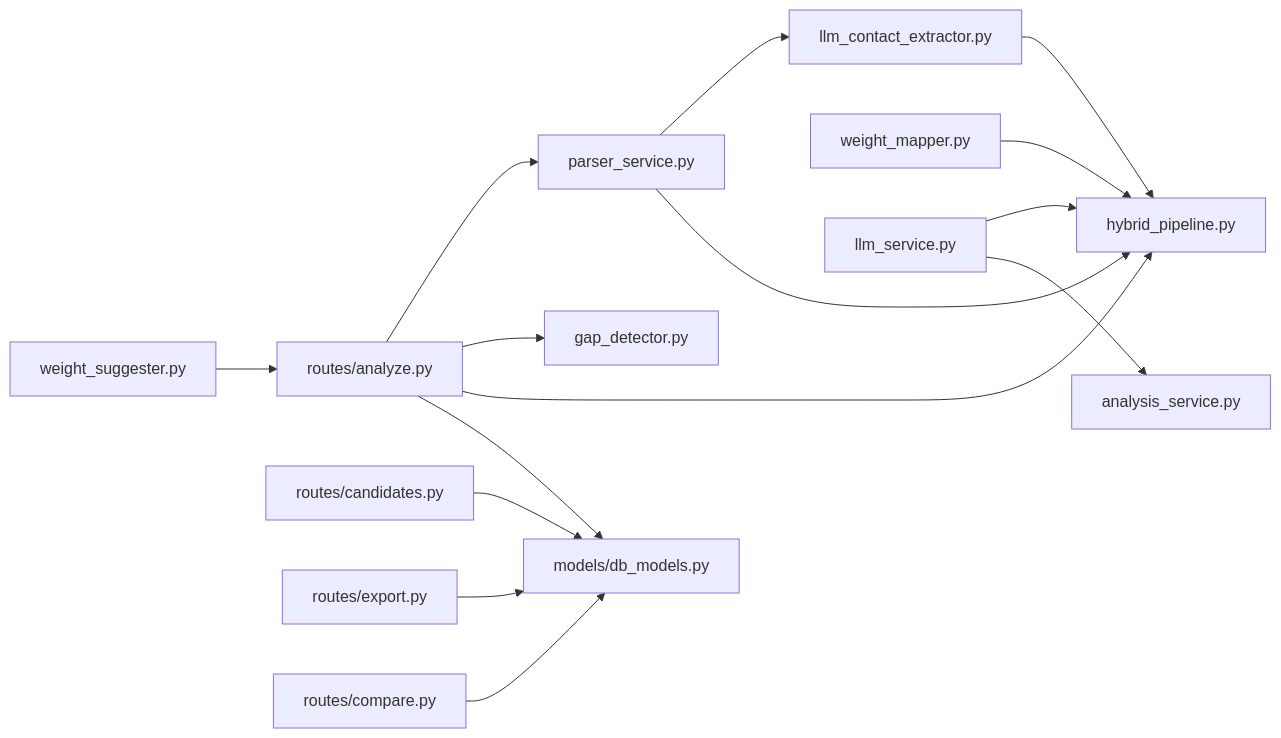
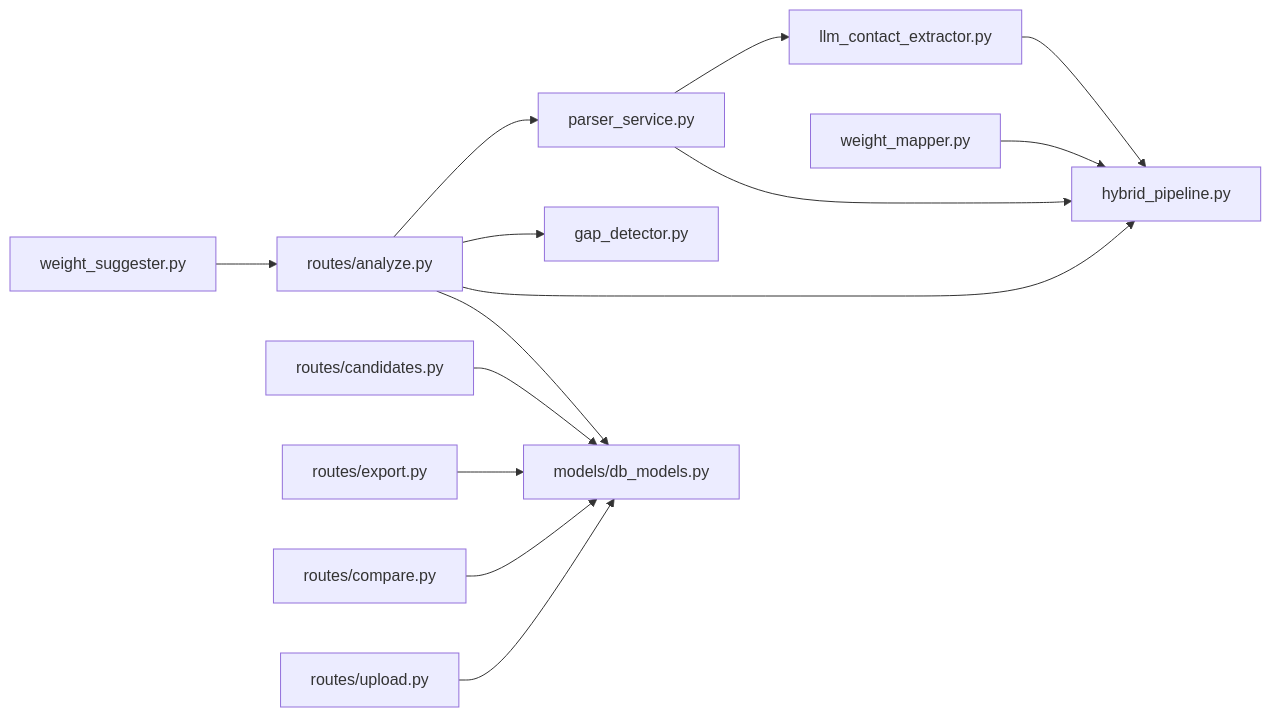
Before and after one commit to Revanththetalogics/aireume: diagram 14 of 14 in .qoder/repowiki/en/content/Candidate Management/Candidate Management.md, drawn with Mermaid. The commit also changed other lines of this file and 7 other files, not shown here.

````diff
--- a/.qoder/repowiki/en/content/Candidate Management/Candidate Management.md
+++ b/.qoder/repowiki/en/content/Candidate Management/Candidate Management.md
@@ -611,17 +694,16 @@
 ```mermaid
 graph LR
 PS["parser_service.py"] --> LCE["llm_contact_extractor.py"]
 PS --> HP["hybrid_pipeline.py"]
 LCE --> HP
 WM["weight_mapper.py"] --> HP
 WS["weight_suggester.py"] --> RA["routes/analyze.py"]
 RA --> PS
 RA --> GD["gap_detector.py"]
 RA --> HP
 RA --> DBM["models/db_models.py"]
 RC["routes/candidates.py"] --> DBM
 RE["routes/export.py"] --> DBM
 RCM["routes/compare.py"] --> DBM
-LS["llm_service.py"] --> HP
-LS --> AS["analysis_service.py"]
+RU["routes/upload.py"] --> DBM
 ```
````
